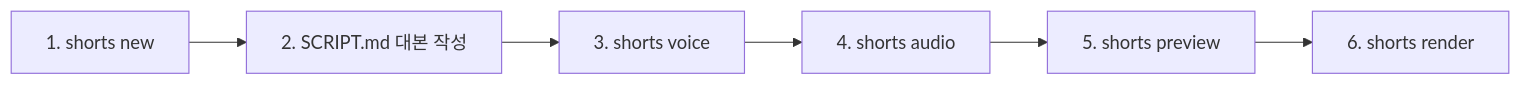
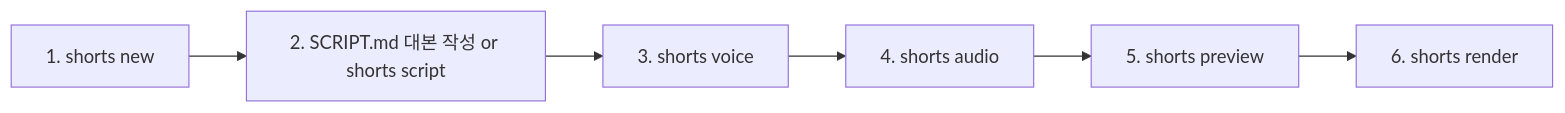
Before and after one commit to seesky89/claude-animated-shorts: the diagram in README.md, drawn with Mermaid. The commit also changed other lines of this file and 4 other files, not shown here.

````diff
--- a/README.md
+++ b/README.md
@@ -41,8 +54,8 @@
 ```mermaid
 flowchart LR
-    A[1. shorts new] --> B[2. SCRIPT.md 대본 작성]
+    A[1. shorts new] --> B[2. SCRIPT.md 대본 작성 or shorts script]
     B --> C[3. shorts voice]
     C --> D[4. shorts audio]
     D --> E[5. shorts preview]
     E --> F[6. shorts render]
 ```
````
